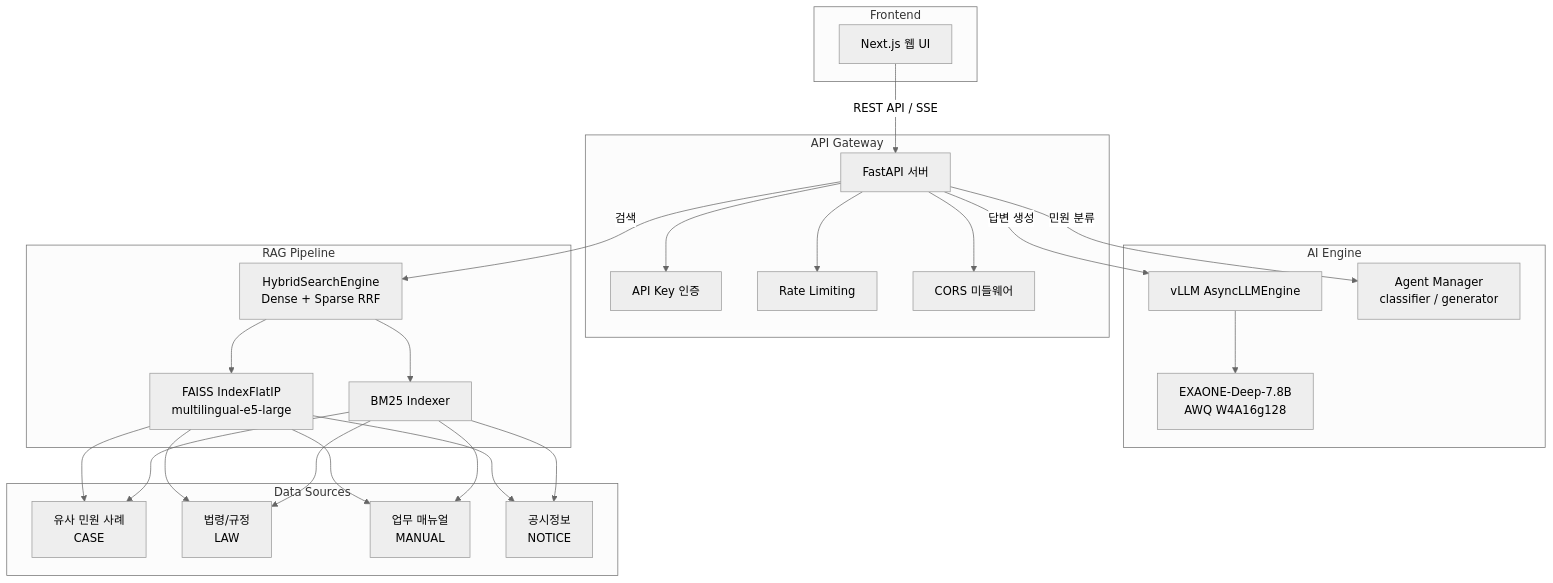
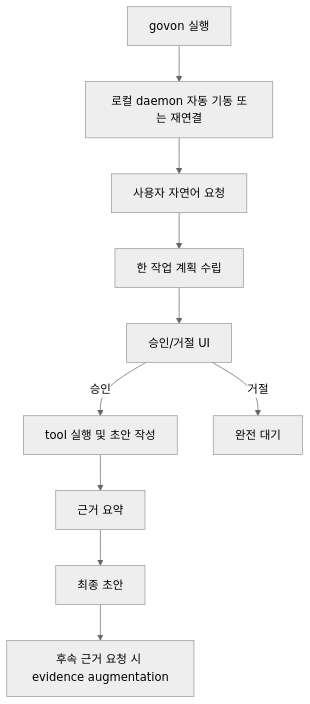
Before and after one commit to yuujjjj/AIOSS_GovOn: the diagram in site/docs/index.md, drawn with Mermaid (neutral theme). The commit also changed other lines of this file and 39 other files, not shown here.

````diff
--- a/site/docs/index.md
+++ b/site/docs/index.md
@@ -48,42 +21,12 @@
 ```mermaid
-graph TB
-    subgraph "Frontend"
-        A[Next.js 웹 UI]
-    end
-
-    subgraph "API Gateway"
-        B[FastAPI 서버]
-        B1[API Key 인증]
-        B2[Rate Limiting]
-        B3[CORS 미들웨어]
-    end
-
-    subgraph "AI Engine"
-        C[vLLM AsyncLLMEngine]
-        D[EXAONE-Deep-7.8B<br/>AWQ W4A16g128]
-        E[Agent Manager<br/>classifier / generator]
-    end
-
-    subgraph "RAG Pipeline"
-        F[FAISS IndexFlatIP<br/>multilingual-e5-large]
-        G[BM25 Indexer]
-        H[HybridSearchEngine<br/>Dense + Sparse RRF]
-    end
-
-    subgraph "Data Sources"
-        I[유사 민원 사례<br/>CASE]
-        J[법령/규정<br/>LAW]
-        K[업무 매뉴얼<br/>MANUAL]
-        L[공시정보<br/>NOTICE]
-    end
-
-    A -->|REST API / SSE| B
-    B --> B1 & B2 & B3
-    B -->|민원 분류| E
-    B -->|답변 생성| C
-    C --> D
-    B -->|검색| H
-    H --> F & G
-    F --> I & J & K & L
-    G --> I & J & K & L
+graph TD
+    A[govon 실행] --> B[로컬 daemon 자동 기동 또는 재연결]
+    B --> C[사용자 자연어 요청]
+    C --> D[한 작업 계획 수립]
+    D --> E[승인/거절 UI]
+    E -->|승인| F[tool 실행 및 초안 작성]
+    E -->|거절| G[완전 대기]
+    F --> H[근거 요약]
+    H --> I[최종 초안]
+    I --> J[후속 근거 요청 시 evidence augmentation]
 ```
````
